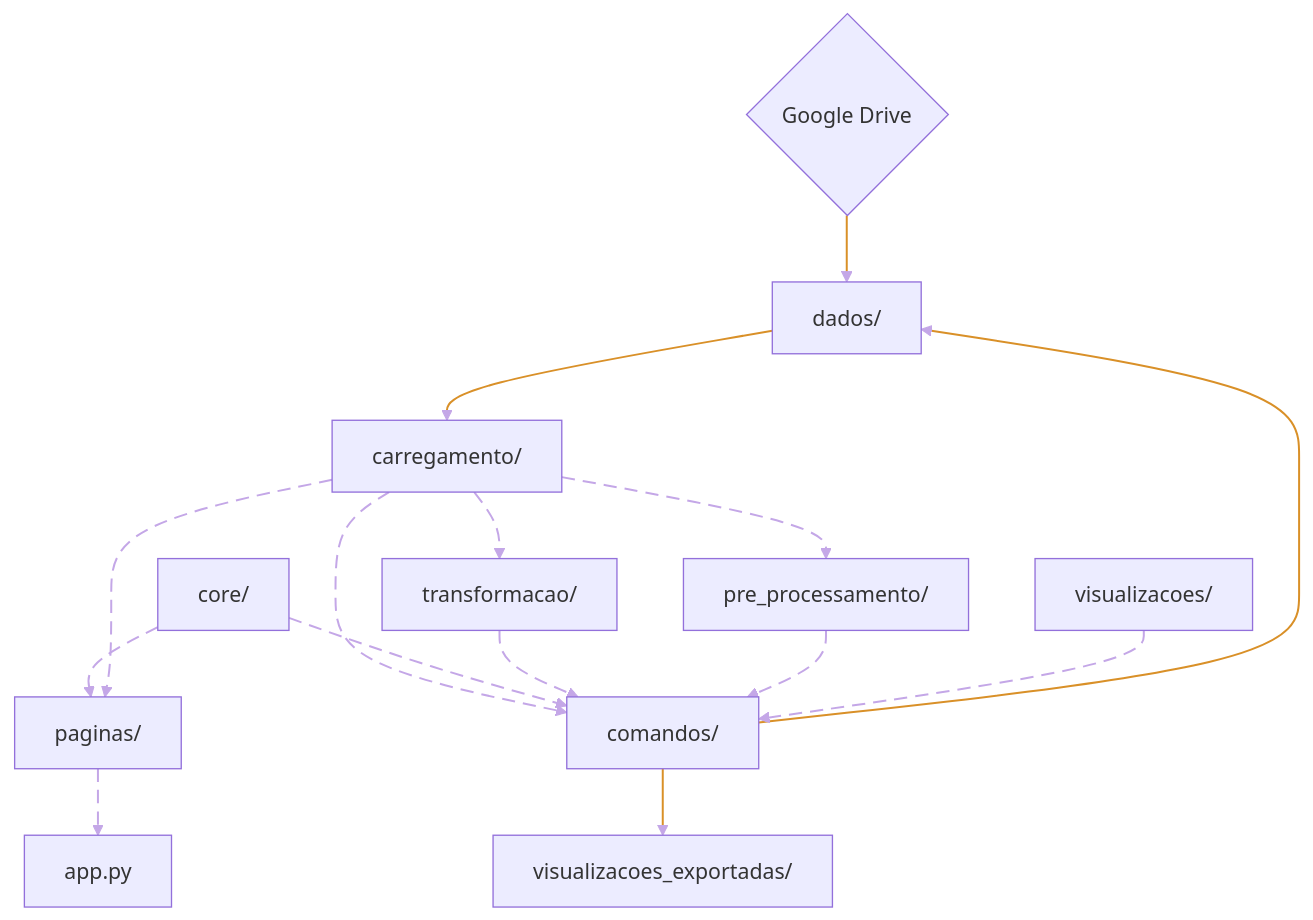
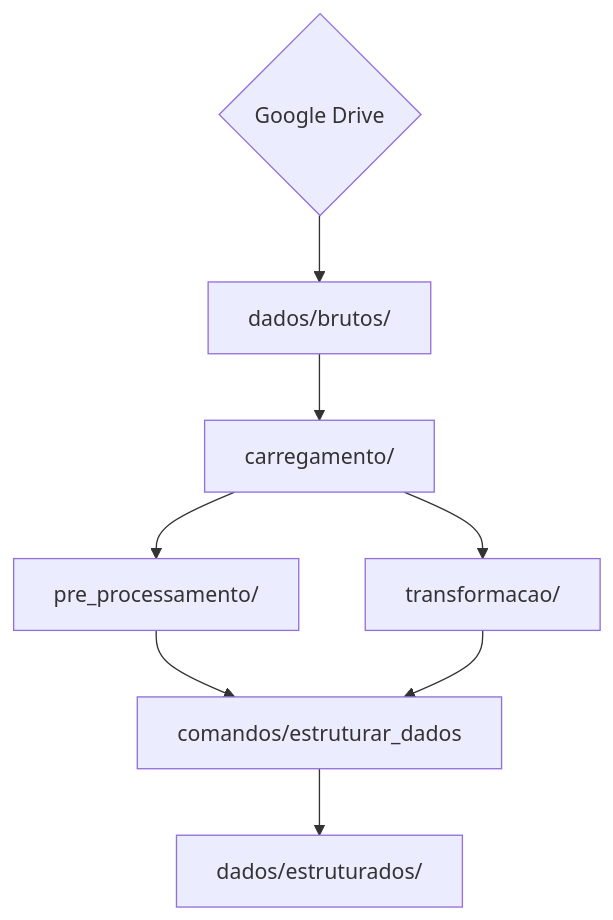
Before and after one commit to clustering-parana-2026/clustering_parana_09_2026: the first of 4 diagrams in README.md, drawn with Mermaid. The commit also changed other lines of this file and 44 other files, not shown here.

````diff
--- a/README.md
+++ b/README.md
@@ -29,20 +43,11 @@
 ```mermaid
+%%{init: {'themeCSS': '.arrowheadPath { fill: #FF3B3B !important; stroke: #FF3B3B !important; } marker path { fill: #FF3B3B !important; stroke: #FF3B3B !important; }'}}%%
 flowchart TD
-    drive{"Google Drive"} --> dados["dados/"]
-    dados --> carregamento["carregamento/"]
-    carregamento --> comandos["comandos/"]
-    core["core/"] --> paginas["paginas/"]
-    core --> comandos
+    drive{"Google Drive"} --> dados_brutos["dados/brutos/"]
+    dados_brutos --> carregamento["carregamento/"]
     carregamento --> pre_processamento["pre_processamento/"]
     carregamento --> transformacao["transformacao/"]
-    comandos --> viz_exportadas["visualizacoes_exportadas/"]
-    comandos --> dados
-    transformacao --> comandos
-    pre_processamento --> comandos
-    carregamento --> paginas
-    visualizacoes["visualizacoes/"] --> comandos
-    paginas --> app["app.py"]
-
-    linkStyle default stroke:#C4A7E7,stroke-width:1.5px,stroke-dasharray:10 6
-    linkStyle 0,1,7,8 stroke:#D99028,stroke-width:1.5px,stroke-dasharray:none
+    pre_processamento --> estruturar_dados["comandos/estruturar_dados"]
+    transformacao --> estruturar_dados
+    estruturar_dados --> dados_estruturados["dados/estruturados/"]
 ```
````
